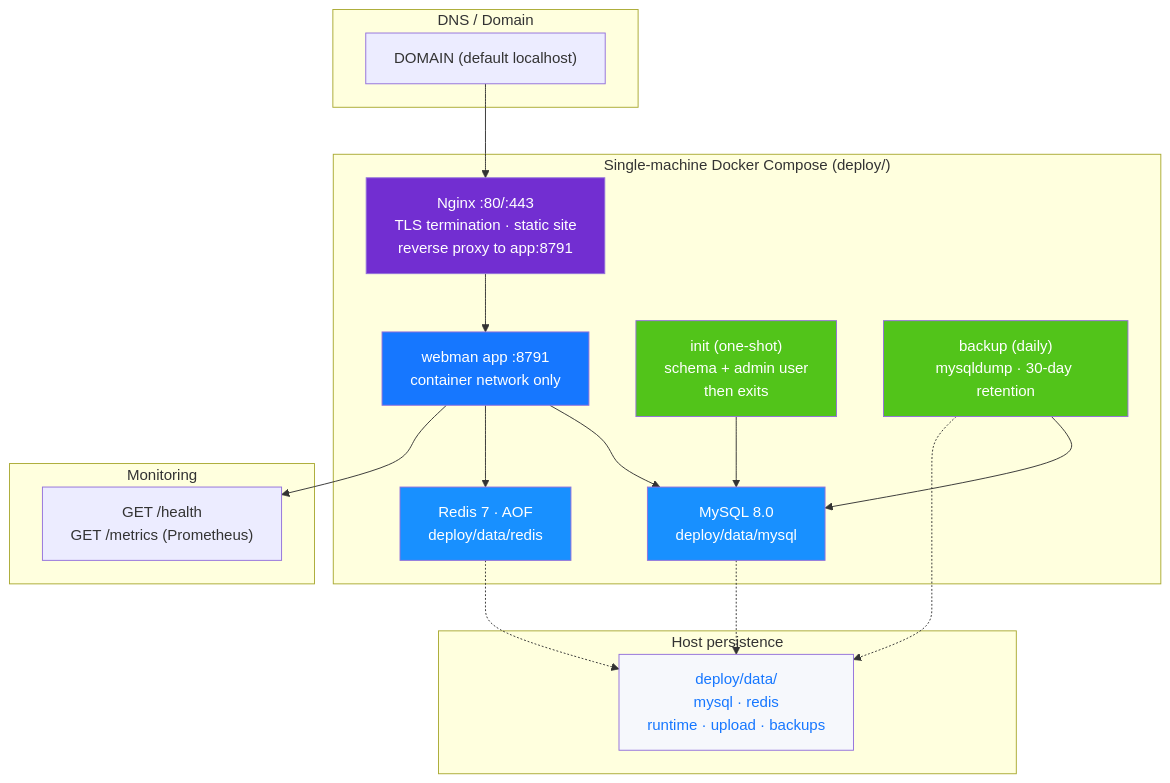
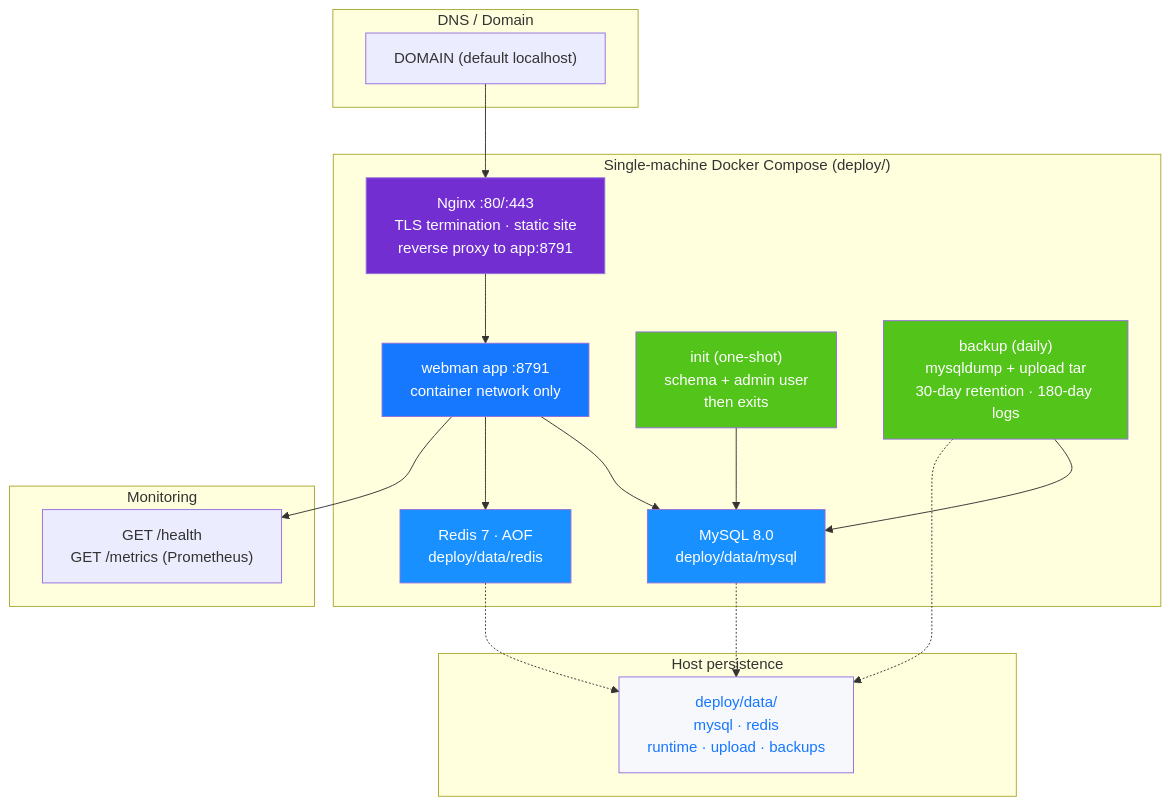
Before and after one commit to erikwang2013/open-admin: diagram 14 of 14 in docs/ARCHITECTURE.en.md, drawn with Mermaid. The commit also changed other lines of this file and 148 other files, not shown here.

````diff
--- a/docs/ARCHITECTURE.en.md
+++ b/docs/ARCHITECTURE.en.md
@@ -636,42 +643,42 @@
 ```mermaid
 flowchart TB
     subgraph "DNS / Domain"
         DNS["DOMAIN (default localhost)"]
     end
 
     subgraph "Single-machine Docker Compose (deploy/)"
         NGX["Nginx :80/:443<br/>TLS termination · static site<br/>reverse proxy to app:8791"]
         WM["webman app :8791<br/>container network only"]
         INIT["init (one-shot)<br/>schema + admin user<br/>then exits"]
         MYSQL["MySQL 8.0<br/>deploy/data/mysql"]
         REDIS["Redis 7 · AOF<br/>deploy/data/redis"]
-        BACKUP["backup (daily)<br/>mysqldump · 30-day retention"]
+        BACKUP["backup (daily)<br/>mysqldump + upload tar<br/>30-day retention · 180-day logs"]
     end
 
     subgraph "Host persistence"
         DATA["deploy/data/<br/>mysql · redis<br/>runtime · upload · backups"]
     end
 
     subgraph "Monitoring"
         MON["GET /health<br/>GET /metrics (Prometheus)"]
     end
 
     DNS --> NGX
     NGX --> WM
     WM --> MYSQL
     WM --> REDIS
     INIT --> MYSQL
     BACKUP --> MYSQL
     MYSQL -.-> DATA
     REDIS -.-> DATA
     BACKUP -.-> DATA
     WM --> MON
 
     style NGX fill:#722ED1,color:#fff
     style WM fill:#1677FF,color:#fff
     style INIT fill:#52C41A,color:#fff
     style MYSQL fill:#1890FF,color:#fff
     style REDIS fill:#1890FF,color:#fff
     style BACKUP fill:#52C41A,color:#fff
     style DATA fill:#F6F8FC,color:#1677FF
 ```
````
